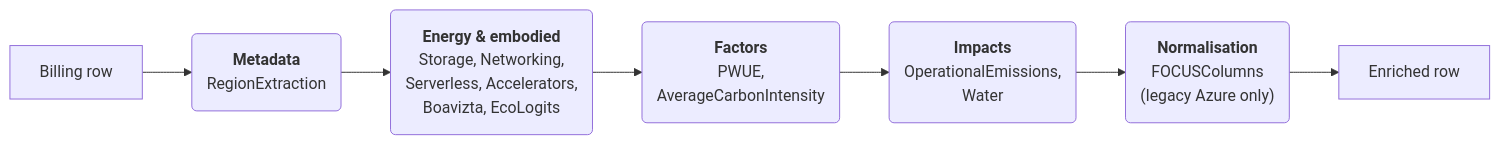
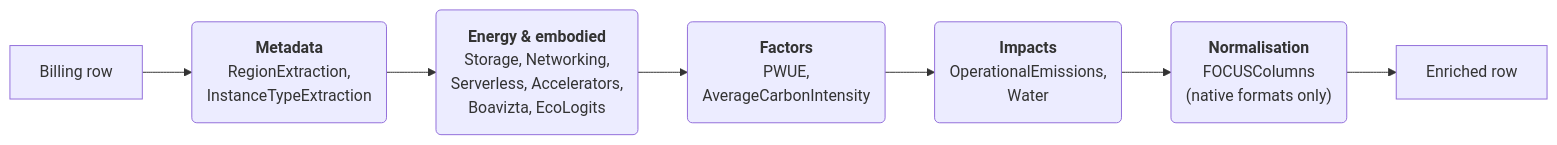
Before and after one commit to DigitalPebble/spruce: the diagram in docs/src/modules.md, drawn with Mermaid. The commit also changed other lines of this file and 18 other files, not shown here.

````diff
--- a/docs/src/modules.md
+++ b/docs/src/modules.md
@@ -28,9 +28,9 @@
 ```mermaid
 flowchart LR
-    A[Billing row] --> B("<b>Metadata</b><br>RegionExtraction")
+    A[Billing row] --> B("<b>Metadata</b><br>RegionExtraction,<br>InstanceTypeExtraction")
     B --> C("<b>Energy &amp; embodied</b><br>Storage, Networking,<br>Serverless, Accelerators,<br>Boavizta, EcoLogits")
     C --> D("<b>Factors</b><br>PWUE,<br>AverageCarbonIntensity")
     D --> E("<b>Impacts</b><br>OperationalEmissions,<br>Water")
-    E --> F("<b>Normalisation</b><br>FOCUSColumns<br>(legacy Azure only)")
+    E --> F("<b>Normalisation</b><br>FOCUSColumns<br>(native formats only)")
     F --> G[Enriched row]
 ```
````
